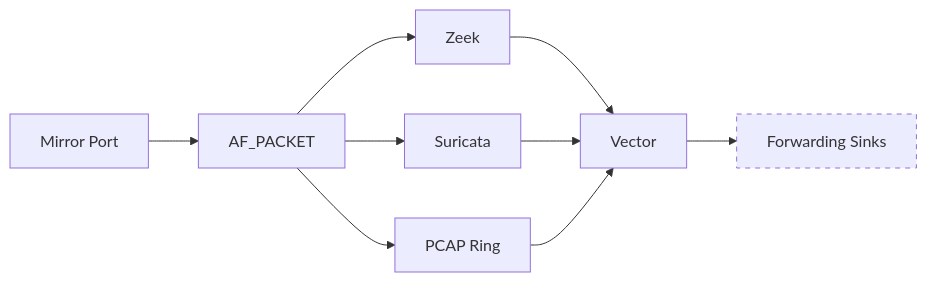
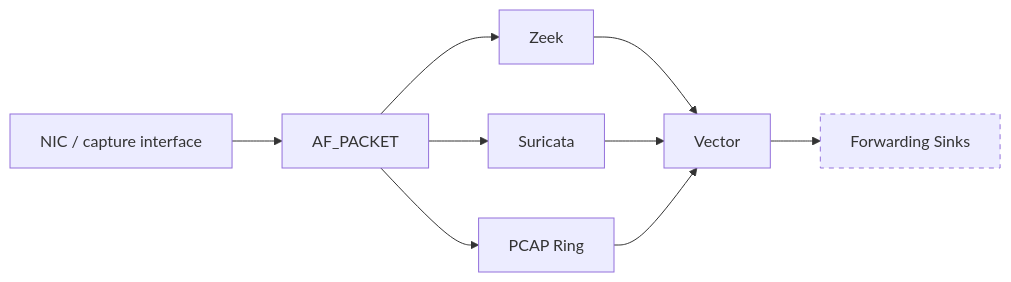
The second of 3 diagrams in specs/live-data-flow-viz/design.md (gustovshikov/RavenWire), drawn with Mermaid before and after one commit. The commit also changed other lines of this file and 40 other files, not shown here.

Commit message:
Add pipeline graph telemetry and cleanup fixes

````diff
--- a/specs/live-data-flow-viz/design.md
+++ b/specs/live-data-flow-viz/design.md
@@ -781,13 +791,13 @@
 ```mermaid
 graph LR
-    MP[Mirror Port] --> AF[AF_PACKET]
+    MP[NIC / capture interface] --> AF[AF_PACKET]
     AF --> Z[Zeek]
     AF --> S[Suricata]
     AF --> PR[PCAP Ring]
     Z --> V[Vector]
     S --> V
     PR --> V
     V --> FS[Forwarding Sinks]
 
     style FS stroke-dasharray: 5 5
 ```
````
